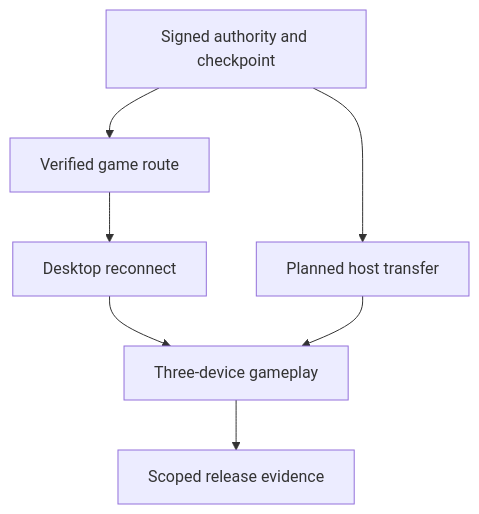
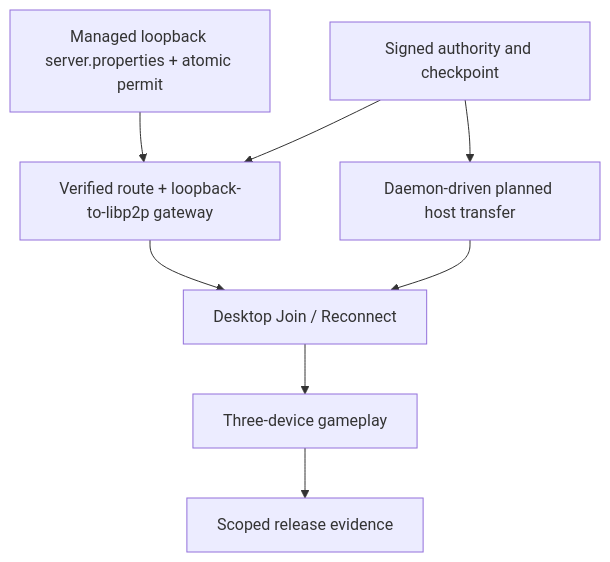
The diagram in docs/SABATHON_IMPLEMENTATION_PLAN.md (MousaXD/swarmcraft), drawn with Mermaid before and after one commit. The commit also changed other lines of this file and 1 other file, not shown here.

Commit message:
docs: revise sabathon plan and separate expansion RFC roadmap

````diff
--- a/docs/SABATHON_IMPLEMENTATION_PLAN.md
+++ b/docs/SABATHON_IMPLEMENTATION_PLAN.md
@@ -286,9 +275,10 @@
 ```mermaid
 flowchart TD
-  A["Signed authority and checkpoint"] --> B["Verified game route"]
-  B --> C["Desktop reconnect"]
+  P["Managed loopback server.properties + atomic permit"] --> B["Verified route + loopback-to-libp2p gateway"]
+  A["Signed authority and checkpoint"] --> B
+  B --> C["Desktop Join / Reconnect"]
+  A --> E["Daemon-driven planned host transfer"]
+  E --> C
   C --> D["Three-device gameplay"]
-  A --> E["Planned host transfer"]
-  E --> D
   D --> F["Scoped release evidence"]
 ```
````
